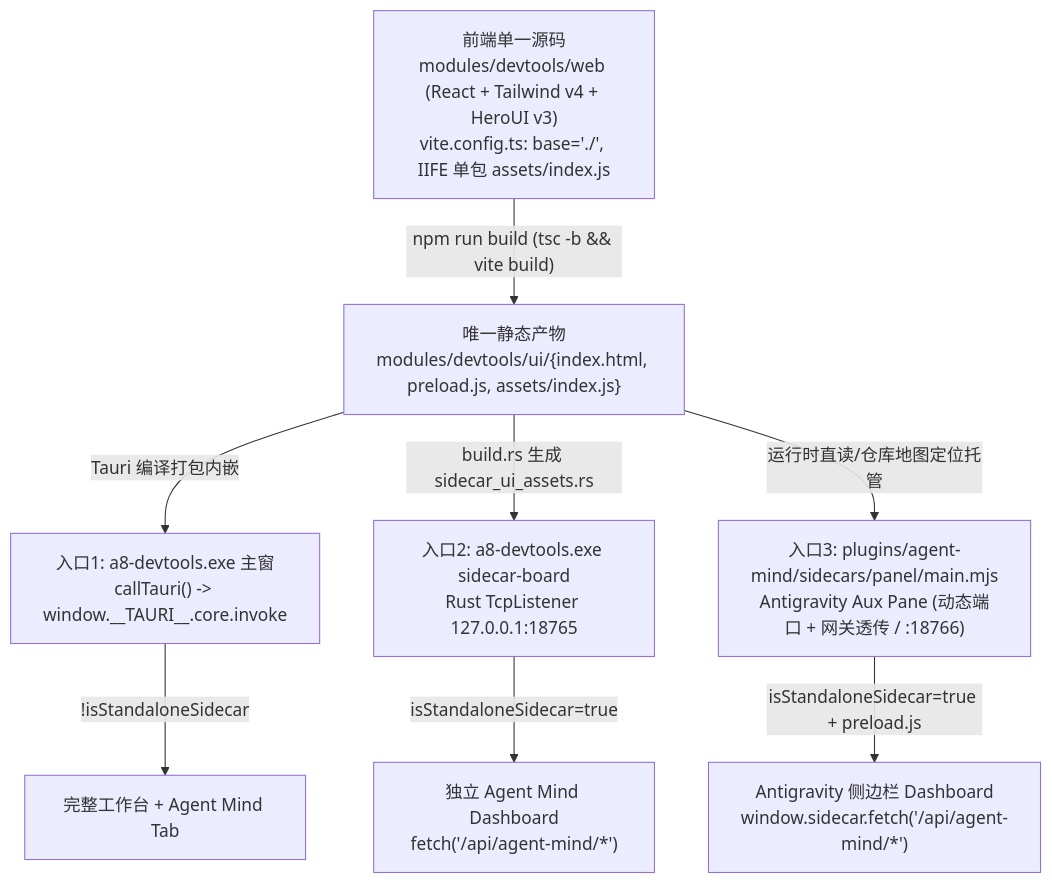
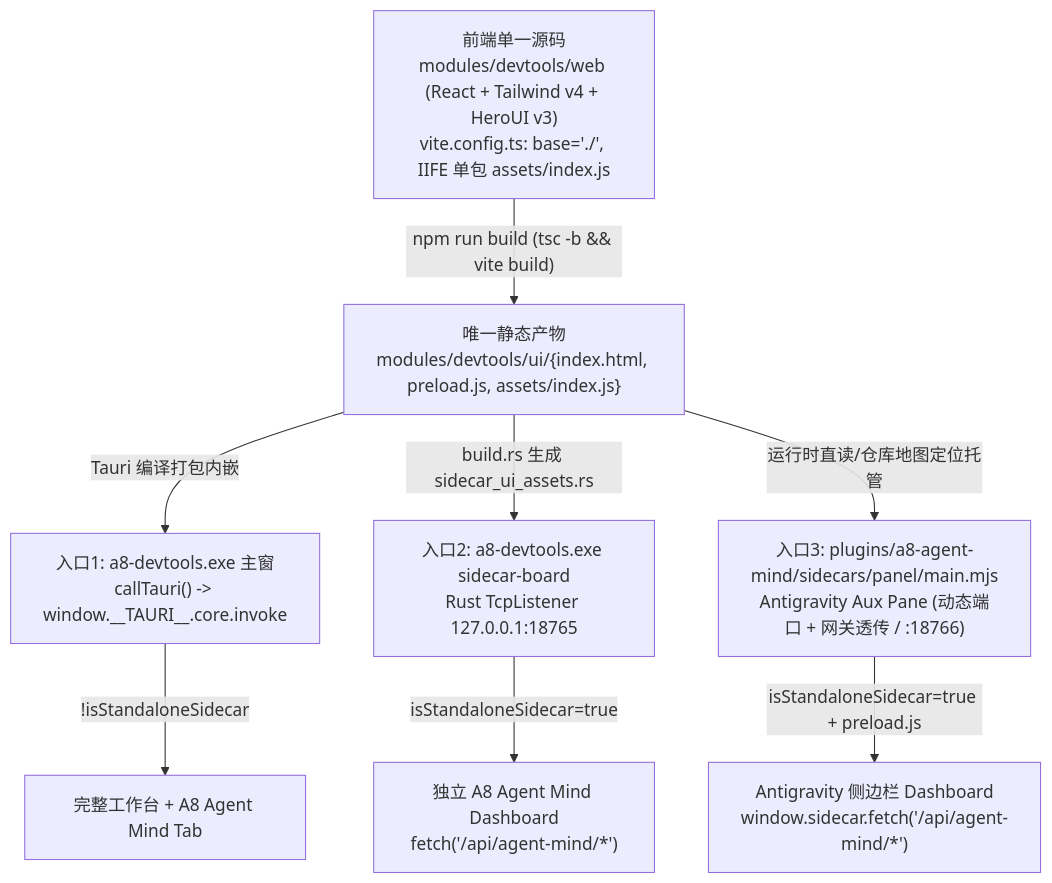
One commit to 007slm/a8-devtools changed the diagram in docs/20261114-BUG-工作台与插件看板-三端同源Dashboard白屏根因与防踩坑指南.md. Above: the diagram before and after it, drawn with Mermaid. The commit also changed other lines of this file and 59 other files, not shown here.

Commit message:
feat(a8-agent-mind,devtools): 建立三层治理防线、无截断Decisions多路裁决与A8心智治理重构

````diff
--- a/docs/20261114-BUG-工作台与插件看板-三端同源Dashboard白屏根因与防踩坑指南.md
+++ b/docs/20261114-BUG-工作台与插件看板-三端同源Dashboard白屏根因与防踩坑指南.md
@@ -12,15 +12,15 @@
 ```mermaid
 flowchart TB
     WebSrc["前端单一源码<br/>modules/devtools/web (React + Tailwind v4 + HeroUI v3)<br/>vite.config.ts: base='./', IIFE 单包 assets/index.js"]
     DistUI["唯一静态产物<br/>modules/devtools/ui/{index.html, preload.js, assets/index.js}"]
 
     WebSrc -->|"npm run build (tsc -b && vite build)"| DistUI
 
     DistUI -->|"Tauri 编译打包内嵌"| AppDesktop["入口1: a8-devtools.exe 主窗<br/>callTauri() -> window.__TAURI__.core.invoke"]
     DistUI -->|"build.rs 生成 sidecar_ui_assets.rs"| AppRust["入口2: a8-devtools.exe sidecar-board<br/>Rust TcpListener 127.0.0.1:18765"]
-    DistUI -->|"运行时直读/仓库地图定位托管"| AppPlugin["入口3: plugins/agent-mind/sidecars/panel/main.mjs<br/>Antigravity Aux Pane (动态端口 + 网关透传 / :18766)"]
+    DistUI -->|"运行时直读/仓库地图定位托管"| AppPlugin["入口3: plugins/a8-agent-mind/sidecars/panel/main.mjs<br/>Antigravity Aux Pane (动态端口 + 网关透传 / :18766)"]
 
-    AppDesktop -->|"!isStandaloneSidecar"| FullUI["完整工作台 + Agent Mind Tab"]
-    AppRust -->|"isStandaloneSidecar=true"| MindOnly1["独立 Agent Mind Dashboard<br/>fetch('/api/agent-mind/*')"]
+    AppDesktop -->|"!isStandaloneSidecar"| FullUI["完整工作台 + A8 Agent Mind Tab"]
+    AppRust -->|"isStandaloneSidecar=true"| MindOnly1["独立 A8 Agent Mind Dashboard<br/>fetch('/api/agent-mind/*')"]
     AppPlugin -->|"isStandaloneSidecar=true + preload.js"| MindOnly2["Antigravity 侧边栏 Dashboard<br/>window.sidecar.fetch('/api/agent-mind/*')"]
 ```
````
